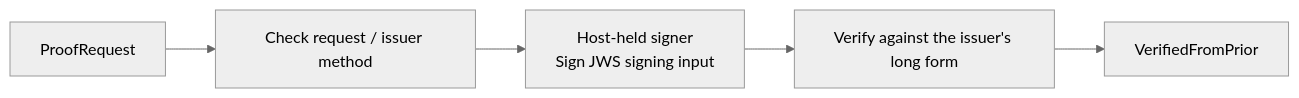
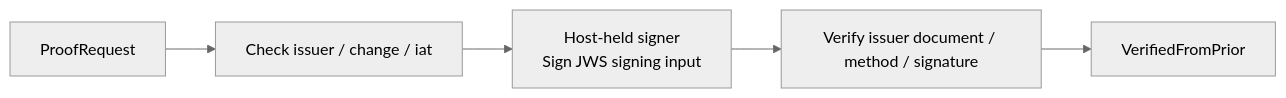
One commit to estoc-dev/estoc changed diagram 17 of 18 in packages/continuity/docs/guide.md. Above: the diagram before and after it, drawn with Mermaid (neutral theme). The commit also changed other lines of this file and 20 other files, not shown here.

````diff
--- a/packages/continuity/docs/guide.md
+++ b/packages/continuity/docs/guide.md
@@ -545,7 +545,7 @@
 ```mermaid
 flowchart LR
-    R["ProofRequest"] --> P["Check request / issuer method"]
+    R["ProofRequest"] --> P["Check issuer / change / iat"]
     P --> S["Host-held signer<br/>Sign JWS signing input"]
-    S --> V["Verify against the issuer's long form"]
+    S --> V["Verify issuer document / method / signature"]
     V --> O["VerifiedFromPrior"]
 ```
````
